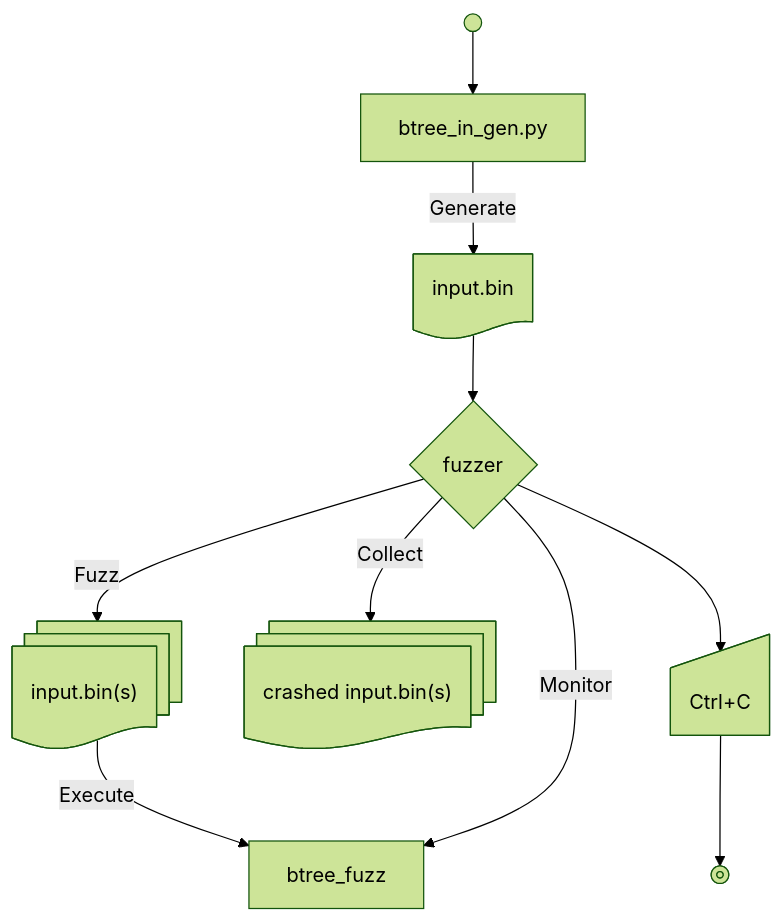
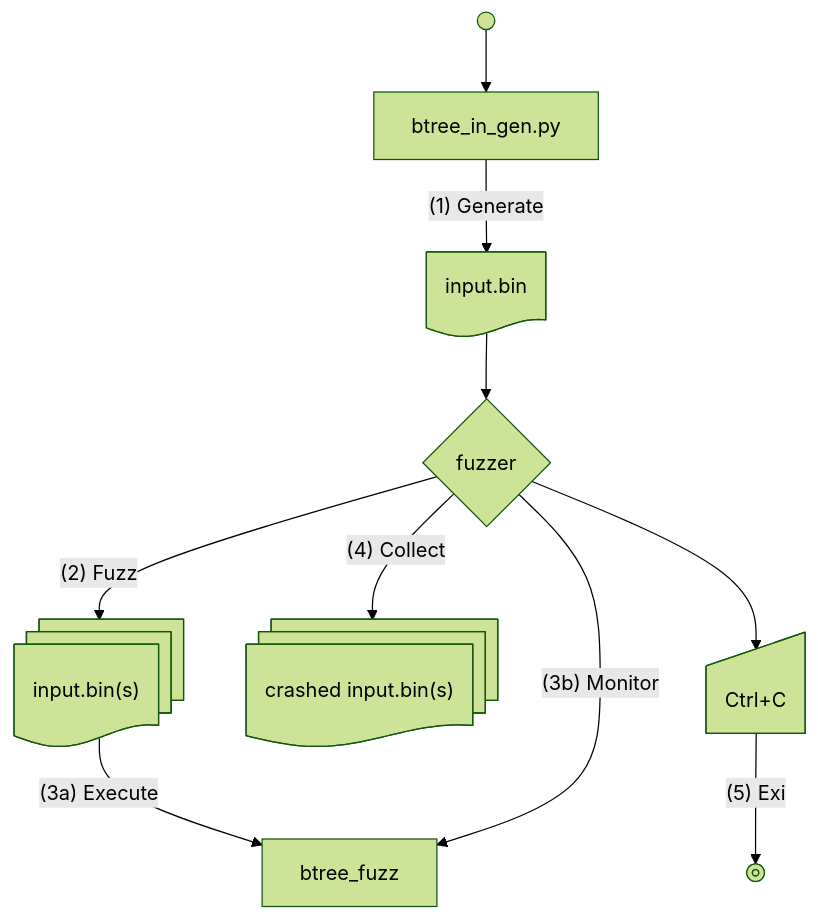
Before and after one commit to janekmi/daos: the diagram in src/common/tests/fuzz/README.md, drawn with Mermaid (forest theme).

Commit message:
README mmd steps

````diff
--- a/src/common/tests/fuzz/README.md
+++ b/src/common/tests/fuzz/README.md
@@ -3,22 +3,22 @@
 ```mermaid
 flowchart TD
     %% nodes
     start@{ shape: start}
     gen@{ shape: proc, label: "btree_in_gen.py"}
     exe@{ shape: proc, label: "btree_fuzz"}
     input@{ shape: doc, label: "input.bin"}
     fuzzer@{ shape: diam, label: "fuzzer"}
     fuzzed@{ shape: docs, label: "input.bin(s)"}
     crashed@{ shape: docs, label: "crashed input.bin(s)"}
     ctrlc@{ shape: manual-input, label: "Ctrl+C"}
     stop@{ shape: stop}
 
     %% connections
-    start --> gen -->|Generate| input
+    start --> gen -->|"(1) Generate"| input
     input --> fuzzer
-    fuzzer -->|Fuzz| fuzzed
-    fuzzed --> |Execute| exe
-    fuzzer --> |Monitor| exe
-    fuzzer --> |Collect| crashed
-    fuzzer --> ctrlc --> stop
+    fuzzer -->|"(2) Fuzz"| fuzzed
+    fuzzed --> |"(3a) Execute"| exe
+    fuzzer --> |"(3b) Monitor"| exe
+    fuzzer --> |"(4) Collect"| crashed
+    fuzzer --> ctrlc --> |"(5) Exi"| stop
 ```
````
